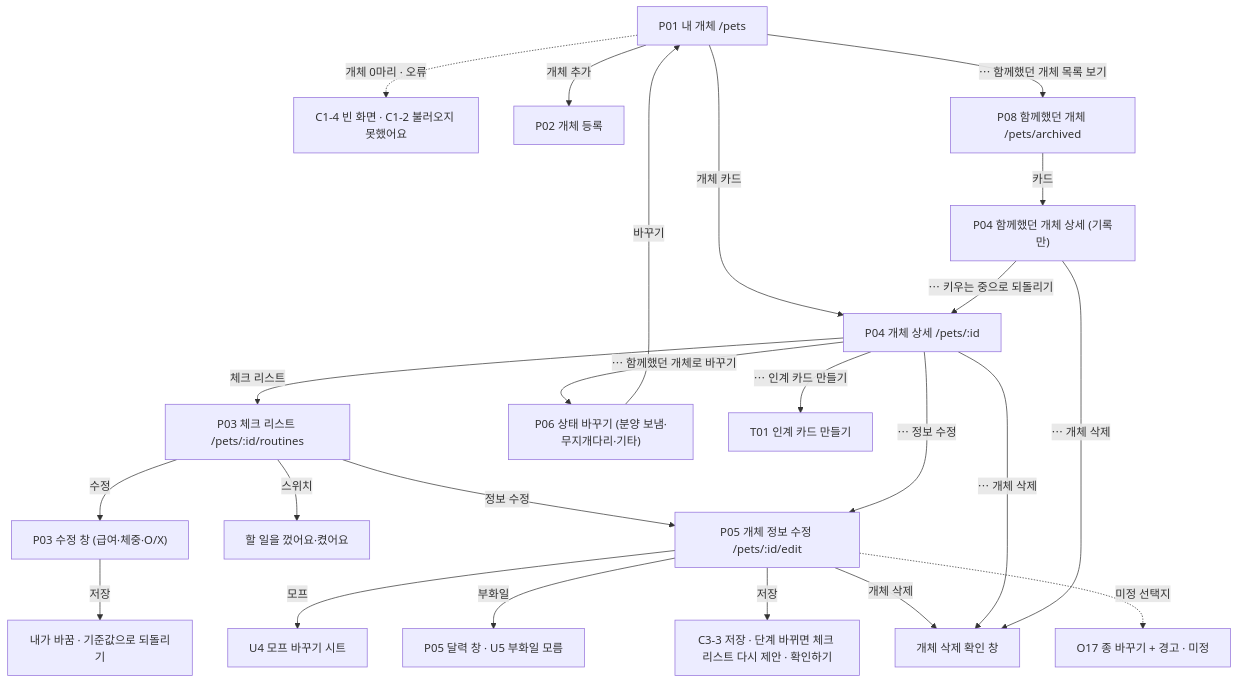
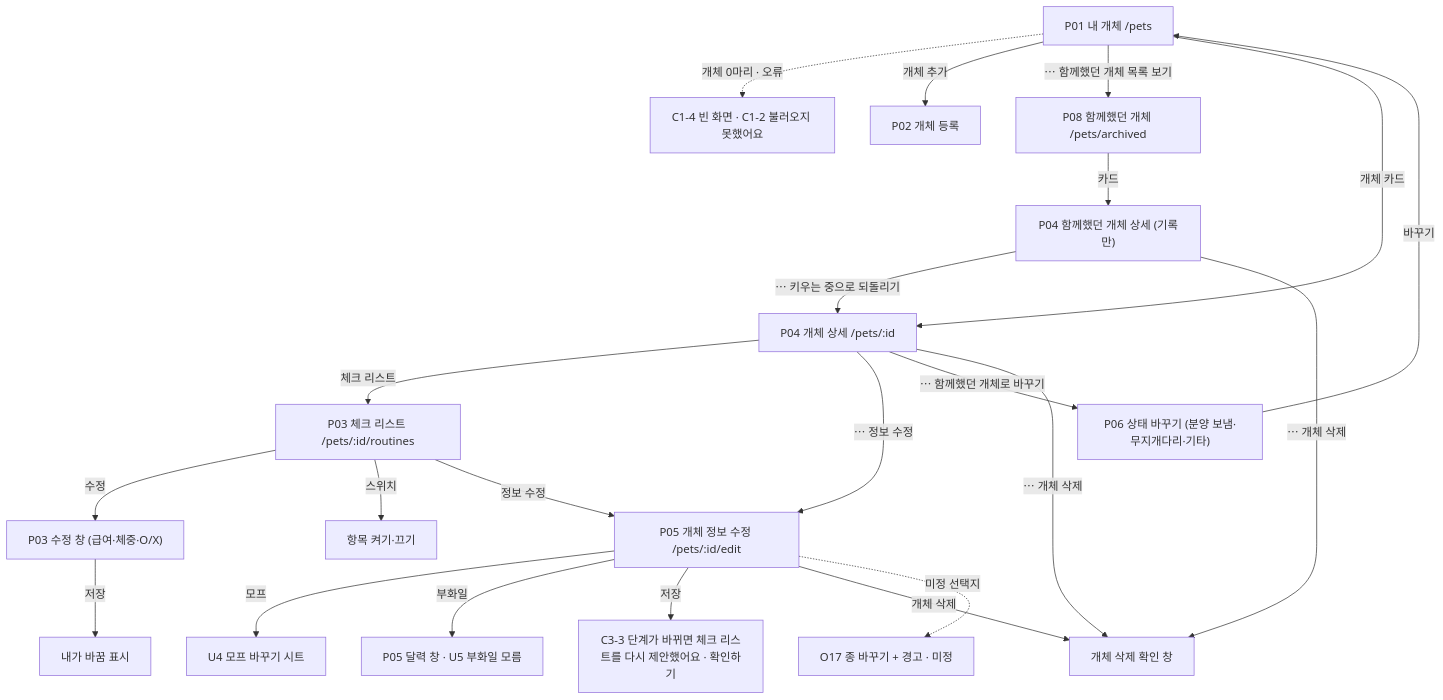
One commit to PABOM-team/frontend changed the fifth of 8 diagrams in docs/screen-flow.md. Above: the diagram before and after it, drawn with Mermaid. The commit also changed other lines of this file, not shown here.

````diff
--- a/docs/screen-flow.md
+++ b/docs/screen-flow.md
@@ -150,26 +150,25 @@
 ```mermaid
 flowchart TD
   P01["P01 내 개체 /pets"]
   P01 -.->|개체 0마리 · 오류| C1["C1-4 빈 화면 · C1-2 불러오지 못했어요"]
   P01 -->|개체 추가| P02["P02 개체 등록"]
   P01 -->|⋯ 함께했던 개체 목록 보기| P08["P08 함께했던 개체 /pets/archived"]
   P01 -->|개체 카드| P04["P04 개체 상세 /pets/:id"]
   P04 -->|체크 리스트| P03["P03 체크 리스트 /pets/:id/routines"]
   P03 -->|수정| P03S["P03 수정 창 (급여·체중·O/X)"]
-  P03S -->|저장| P03C["내가 바꿈 · 기준값으로 되돌리기"]
-  P03 -->|스위치| P03T["할 일을 껐어요·켰어요"]
+  P03S -->|저장| P03C["내가 바꿈 표시"]
+  P03 -->|스위치| P03T["항목 켜기·끄기"]
   P03 -->|정보 수정| P05
   P04 -->|⋯ 정보 수정| P05["P05 개체 정보 수정 /pets/:id/edit"]
   P05 -->|모프| U4["U4 모프 바꾸기 시트"]
   P05 -->|부화일| P05C["P05 달력 창 · U5 부화일 모름"]
-  P05 -->|저장| C33["C3-3 저장 · 단계 바뀌면 체크 리스트 다시 제안 · 확인하기"]
+  P05 -->|저장| C33["C3-3 단계가 바뀌면 체크 리스트를 다시 제안했어요 · 확인하기"]
   P05 -->|개체 삭제| DEL["개체 삭제 확인 창"]
   P05 -.->|미정 선택지| O17["O17 종 바꾸기 + 경고 · 미정"]
   P04 -->|⋯ 함께했던 개체로 바꾸기| P06["P06 상태 바꾸기 (분양 보냄·무지개다리·기타)"]
   P06 -->|바꾸기| P01
-  P04 -->|⋯ 인계 카드 만들기| T01["T01 인계 카드 만들기"]
   P04 -->|⋯ 개체 삭제| DEL
   P08 -->|카드| P04E["P04 함께했던 개체 상세 (기록만)"]
   P04E -->|⋯ 키우는 중으로 되돌리기| P04
   P04E -->|⋯ 개체 삭제| DEL
 ```
````
